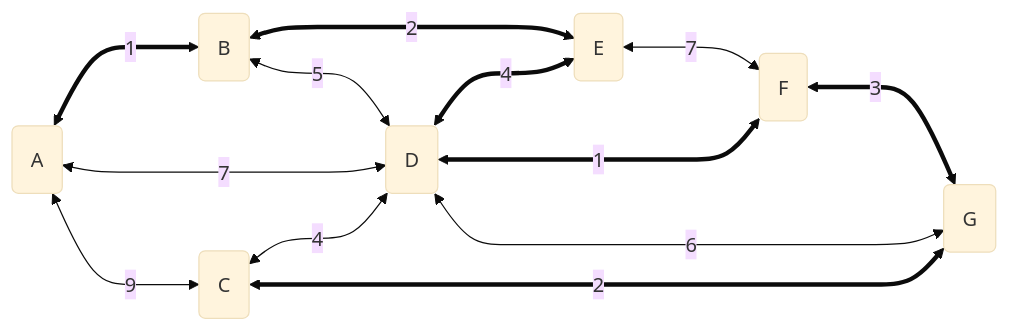
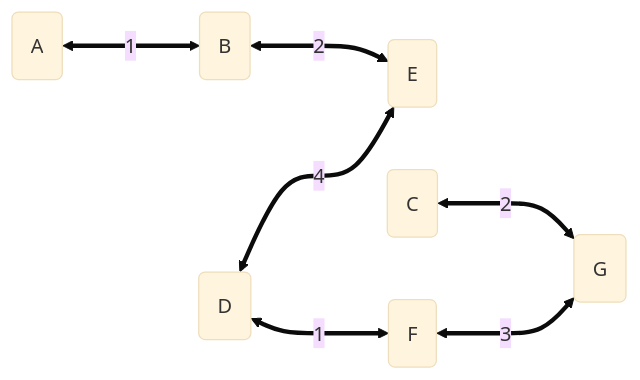
The eighth of 8 diagrams in DataStructures/Graph/2021-10-06-并查集与最小生成树.md (dmjcb/SelfBlog), drawn with Mermaid (base theme) before and after one commit. The commit also changed other lines of this file and 224 other files, not shown here.

````diff
--- a/DataStructures/Graph/2021-10-06-并查集与最小生成树.md
+++ b/DataStructures/Graph/2021-10-06-并查集与最小生成树.md
@@ -222,20 +184,14 @@
 ```mermaid
 graph LR;
     a(A)<==1===>b(B)
-    a(A)<--7--->d(d)
-    a(A)<--9--->c(C)
 
     b(B)<==2===>e(E)
-    b(B)<--5--->d(D)
 
-    c(C)<--4--->d(D)
     c(C)<==2===>g(G)
 
     d(D)<==4===>e(E)
     d(D)<==1===>f(F)
-    d(D)<--6--->g(G)
 
-    e(E)<--7--->f(F)
 
     f(F)<==3===>g(G)
 ```
````
